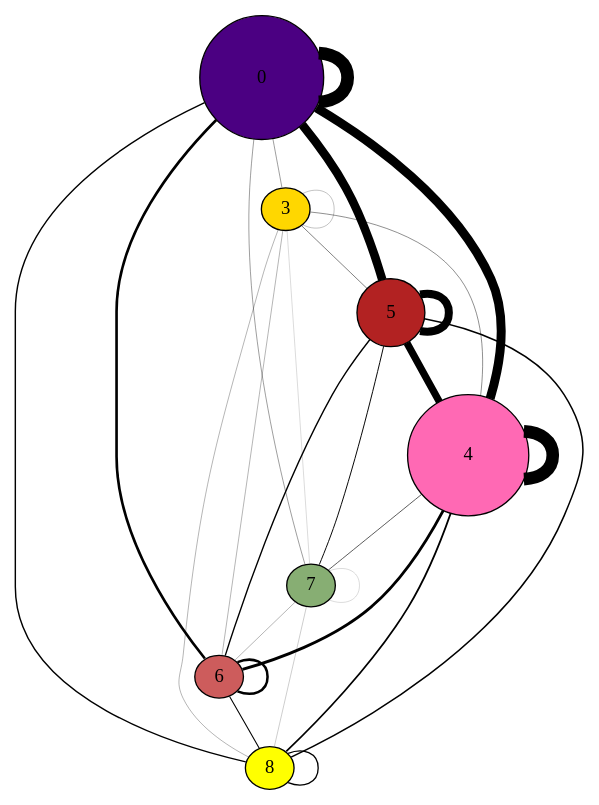
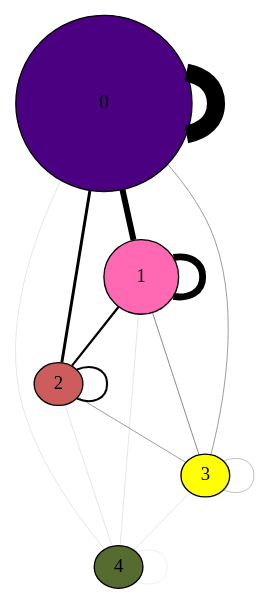
The diagram in src/graph.dot (AniketGurav/pymake), drawn with Graphviz before and after one commit. The commit also changed 12 other files, not shown here.

```diff
--- a/src/graph.dot
+++ b/src/graph.dot
@@ -1,58 +1,37 @@
 graph  {
 	0	 [fillcolor="#4B0082",
-		height=1.2980841633,
+		height=1.82934066005,
 		style=filled,
-		width=1.2980841633];
-	0 -- 0	 [penwidth=9.59161670377];
-	3	 [fillcolor="#FFD700",
-		height=0.0436664397441,
+		width=1.82934066005];
+	0 -- 0	 [penwidth=13.5171007611];
+	1	 [fillcolor="#FF69B4",
+		height=0.780328125302,
 		style=filled,
-		width=0.0436664397441];
-	0 -- 3	 [penwidth=0.293995914292];
-	4	 [fillcolor="#FF69B4",
-		height=1.2583873999,
+		width=0.780328125302];
+	0 -- 1	 [penwidth=4.49683076503];
+	2	 [fillcolor="#CD5C5C",
+		height=0.208659169037,
 		style=filled,
-		width=1.2583873999];
-	0 -- 4	 [penwidth=6.72515653943];
-	5	 [fillcolor="#B22222",
-		height=0.710572064927,
+		width=0.208659169037];
+	0 -- 2	 [penwidth=2.20850268342];
+	3	 [fillcolor="#FFFF00",
+		height=0.0314417925946,
 		style=filled,
-		width=0.710572064927];
-	0 -- 5	 [penwidth=6.50465960371];
-	6	 [fillcolor="#CD5C5C",
-		height=0.440634073782,
+		width=0.0314417925946];
+	0 -- 3	 [penwidth=0.292693126718];
+	4	 [fillcolor="#556B2F",
+		height=0.00857503434397,
 		style=filled,
-		width=0.440634073782];
-	0 -- 6	 [penwidth=1.98447242147];
-	7	 [fillcolor="#87AE73",
-		height=0.0516057924249,
-		style=filled,
-		width=0.0516057924249];
-	0 -- 7	 [penwidth=0.293995914292];
-	8	 [fillcolor="#FFFF00",
-		height=0.166726406296,
-		style=filled,
-		width=0.166726406296];
-	0 -- 8	 [penwidth=1.06573518931];
-	3 -- 3	 [penwidth=0.183747446432];
-	3 -- 4	 [penwidth=0.330745403578];
-	3 -- 5	 [penwidth=0.367494892865];
-	3 -- 6	 [penwidth=0.220496935719];
-	3 -- 7	 [penwidth=0.110248467859];
-	3 -- 8	 [penwidth=0.220496935719];
-	4 -- 4	 [penwidth=9.48136823592];
-	4 -- 6	 [penwidth=2.13147037862];
-	4 -- 7	 [penwidth=0.477743360724];
-	4 -- 8	 [penwidth=1.32298161431];
-	5 -- 4	 [penwidth=5.4389244144];
-	5 -- 5	 [penwidth=6.02691624298];
-	5 -- 6	 [penwidth=1.02898570002];
-	5 -- 7	 [penwidth=0.73498978573];
-	5 -- 8	 [penwidth=1.13923416788];
-	6 -- 6	 [penwidth=1.9109734429];
-	6 -- 8	 [penwidth=0.808488764303];
-	7 -- 6	 [penwidth=0.220496935719];
-	7 -- 7	 [penwidth=0.110248467859];
-	7 -- 8	 [penwidth=0.146997957146];
-	8 -- 8	 [penwidth=0.992236210735];
+		width=0.00857503434397];
+	0 -- 4	 [penwidth=0.0798253981958];
+	1 -- 1	 [penwidth=5.13543395059];
+	1 -- 2	 [penwidth=1.64972489605];
+	1 -- 3	 [penwidth=0.345910058848];
+	1 -- 4	 [penwidth=0.0798253981958];
+	2 -- 2	 [penwidth=1.54329103178];
+	2 -- 3	 [penwidth=0.292693126718];
+	2 -- 4	 [penwidth=0.0798253981958];
+	3 -- 3	 [penwidth=0.186259262457];
+	3 -- 4	 [penwidth=0.0798253981958];
+	4 -- 4	 [penwidth=0.0532169321305];
 }
```
